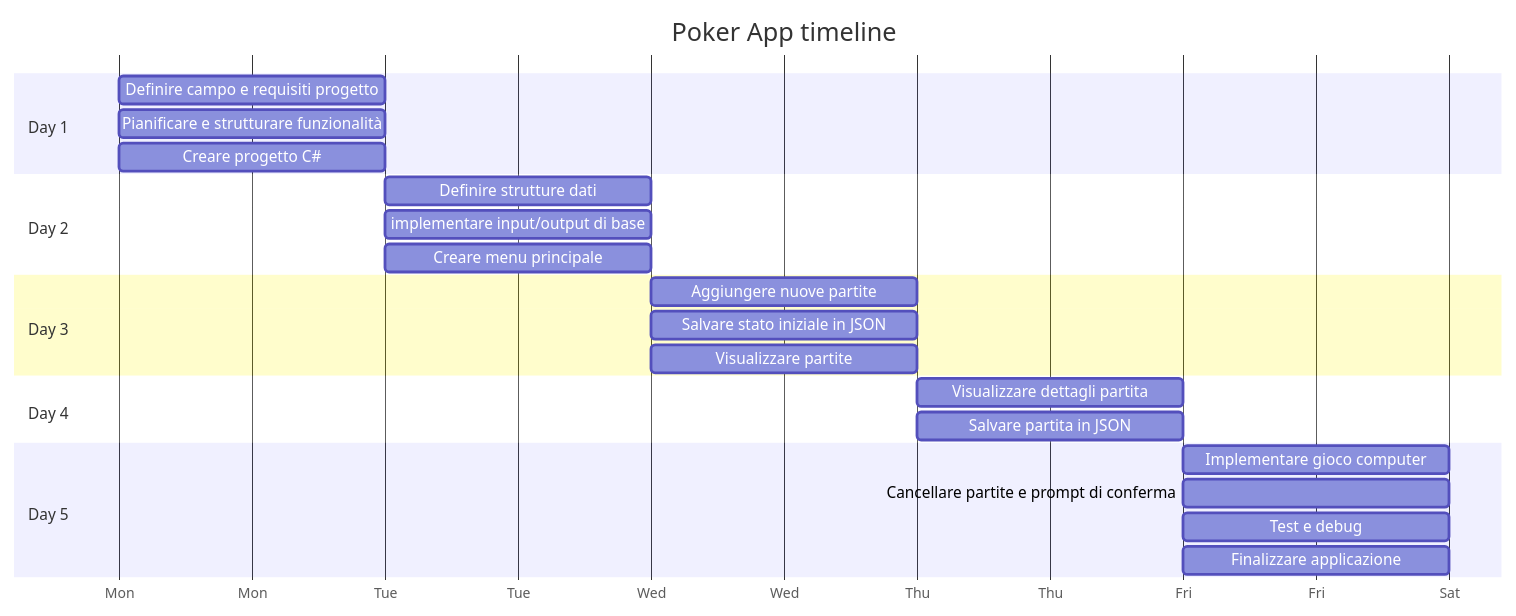
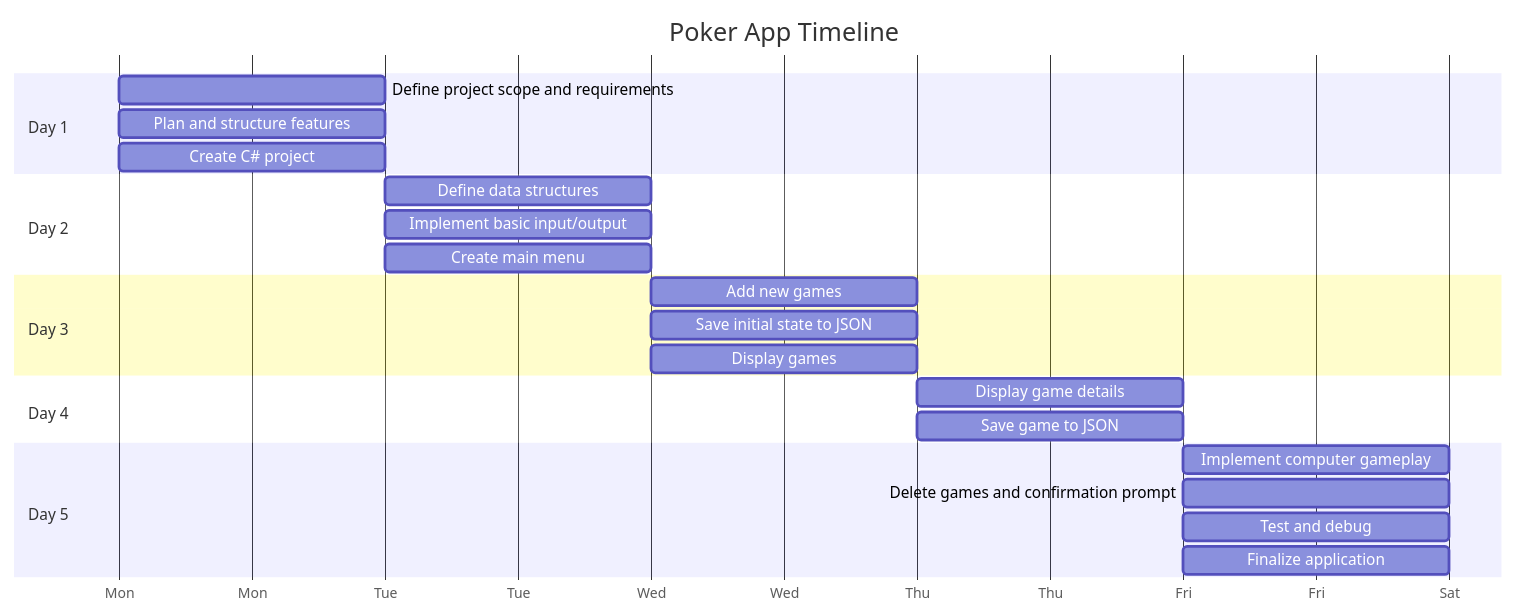
One commit to mtm90/corso_dev1 changed the first of 3 diagrams in esercitazioni/68-Poker-App/README.md. Above: the diagram before and after it, drawn with Mermaid. The commit also changed other lines of this file, not shown here.

````diff
--- a/esercitazioni/68-Poker-App/README.md
+++ b/esercitazioni/68-Poker-App/README.md
@@ -62,26 +61,27 @@
 ```mermaid
 gantt
-    title Poker App timeline
+    title Poker App Timeline
     dateFormat  DDD DDDD
     axisFormat %a
     section Day 1
-    Definire campo e requisiti progetto : 1.1, 1d
-    Pianificare e strutturare funzionalità : 1.1, 1d
-    Creare progetto C# : 1.1, 1d
+    Define project scope and requirements : 1.1, 1d
+    Plan and structure features : 1.1, 1d
+    Create C# project : 1.1, 1d
     section Day 2
-    Definire strutture dati : 1.2,  1d
-    implementare input/output di base : 1.2, 1d
-    Creare menu principale : 1.2, 1d
+    Define data structures : 1.2,  1d
+    Implement basic input/output : 1.2, 1d
+    Create main menu : 1.2, 1d
     section Day 3
-    Aggiungere nuove partite : 1.3, 1d
-    Salvare stato iniziale in JSON : 1.3, 1d
-    Visualizzare partite : 1.3, 1d
+    Add new games : 1.3, 1d
+    Save initial state to JSON : 1.3, 1d
+    Display games : 1.3, 1d
     section Day 4
-    Visualizzare dettagli partita : 1.4, 1d
-    Salvare partita in JSON : 1.4, 1d
+    Display game details : 1.4, 1d
+    Save game to JSON : 1.4, 1d
     section Day 5
-    Implementare gioco computer : 1.5, 1d
-    Cancellare partite e prompt di conferma : 1.5, 1d
-    Test e debug : 1.5, 1d
-    Finalizzare applicazione : 1.5, 1d
+    Implement computer gameplay : 1.5, 1d
+    Delete games and confirmation prompt : 1.5, 1d
+    Test and debug : 1.5, 1d
+    Finalize application : 1.5, 1d
+
 ```
````
